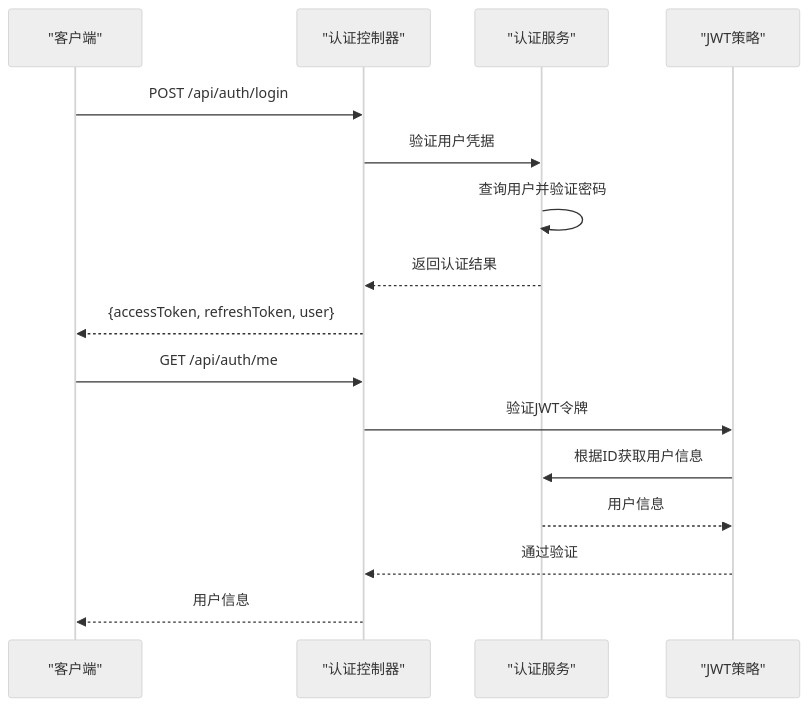
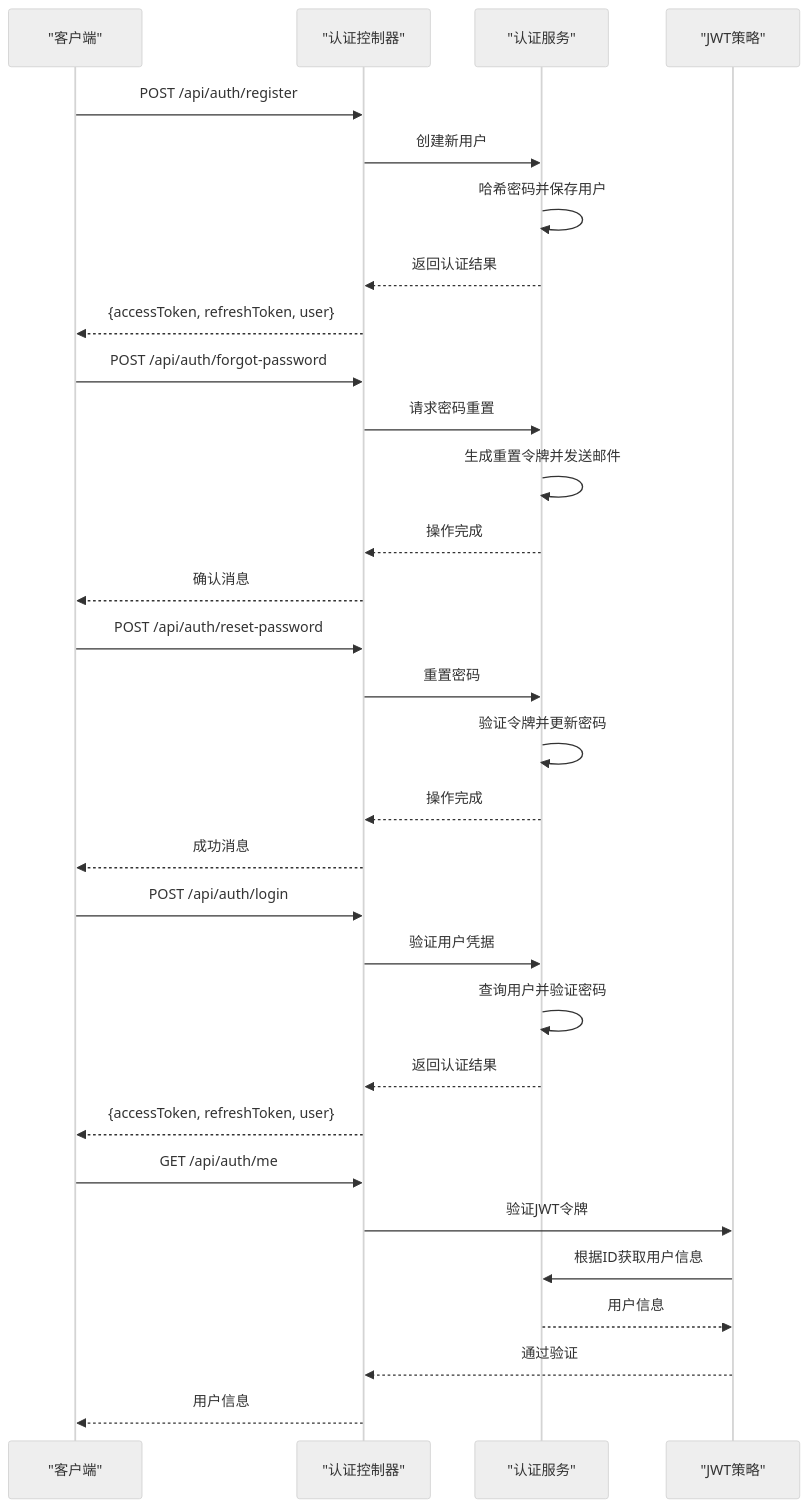
Before and after one commit to xixixiaoyu/vue3-nest-template: the second of 6 diagrams in .qoder/repowiki/zh/content/项目概述/安全特性.md, drawn with Mermaid (neutral theme). The commit also changed other lines of this file and 7 other files, not shown here.

First line of the commit message:
docs(auth): 编写前端认证组件和视图文档

````diff
--- a/.qoder/repowiki/zh/content/项目概述/安全特性.md
+++ b/.qoder/repowiki/zh/content/项目概述/安全特性.md
@@ -50,18 +62,33 @@
 ```mermaid
 sequenceDiagram
 participant Client as "客户端"
 participant AuthController as "认证控制器"
 participant AuthService as "认证服务"
 participant JwtStrategy as "JWT策略"
+Client->>AuthController : POST /api/auth/register
+AuthController->>AuthService : 创建新用户
+AuthService->>AuthService : 哈希密码并保存用户
+AuthService-->>AuthController : 返回认证结果
+AuthController-->>Client : {accessToken, refreshToken, user}
+Client->>AuthController : POST /api/auth/forgot-password
+AuthController->>AuthService : 请求密码重置
+AuthService->>AuthService : 生成重置令牌并发送邮件
+AuthService-->>AuthController : 操作完成
+AuthController-->>Client : 确认消息
+Client->>AuthController : POST /api/auth/reset-password
+AuthController->>AuthService : 重置密码
+AuthService->>AuthService : 验证令牌并更新密码
+AuthService-->>AuthController : 操作完成
+AuthController-->>Client : 成功消息
 Client->>AuthController : POST /api/auth/login
 AuthController->>AuthService : 验证用户凭据
 AuthService->>AuthService : 查询用户并验证密码
 AuthService-->>AuthController : 返回认证结果
 AuthController-->>Client : {accessToken, refreshToken, user}
 Client->>AuthController : GET /api/auth/me
 AuthController->>JwtStrategy : 验证JWT令牌
 JwtStrategy->>AuthService : 根据ID获取用户信息
 AuthService-->>JwtStrategy : 用户信息
 JwtStrategy-->>AuthController : 通过验证
 AuthController-->>Client : 用户信息
 ```
````
